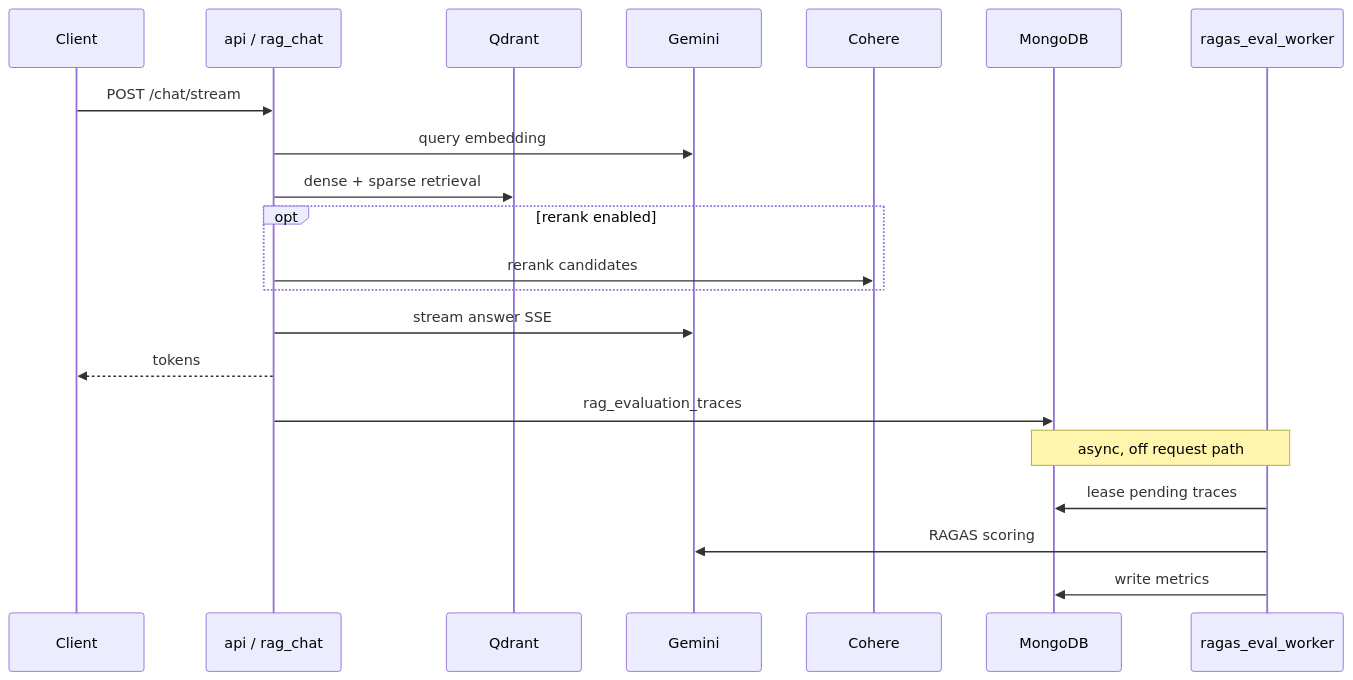
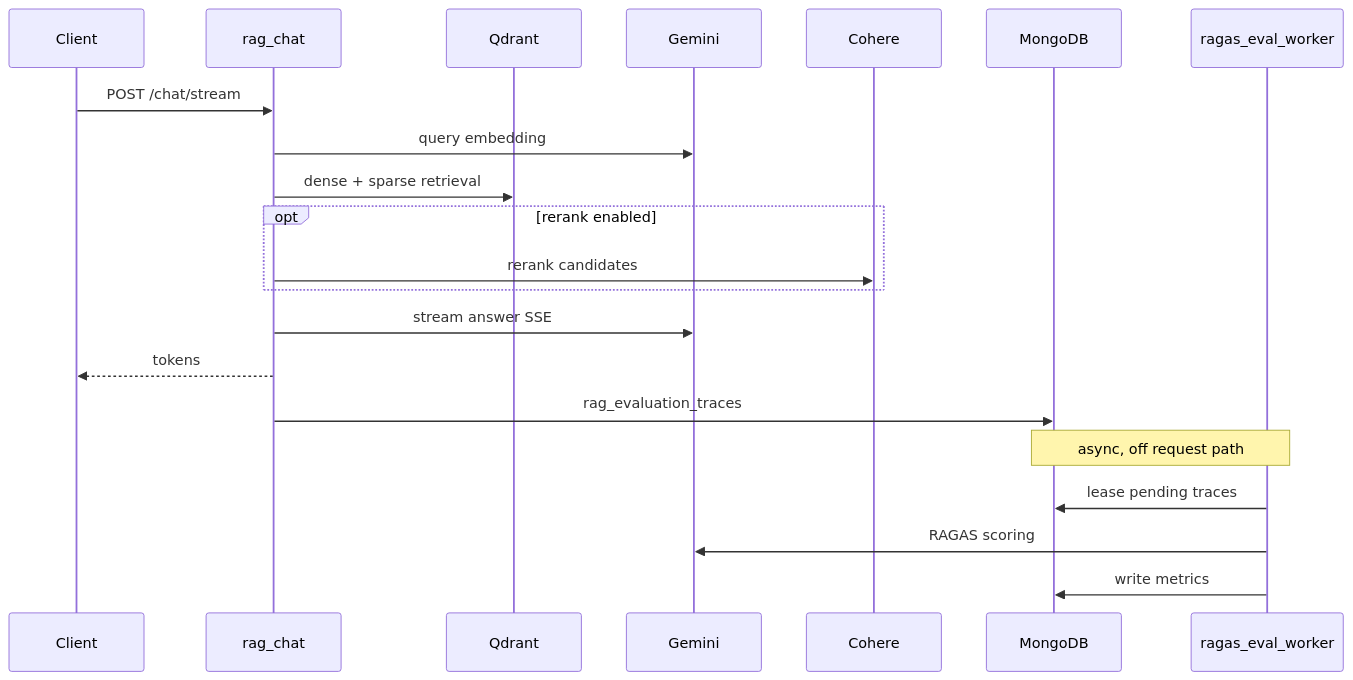
One commit to DevMittal1/CutomerRAG changed the fourth of 7 diagrams in README.md. Above: the diagram before and after it, drawn with Mermaid. The commit also changed other lines of this file, not shown here.

Commit message:
Add architecture

````diff
--- a/README.md
+++ b/README.md
@@ -205,24 +206,24 @@
 ```mermaid
 sequenceDiagram
     participant C as Client
-    participant API as api / rag_chat
+    participant API as rag_chat
     participant Q as Qdrant
     participant G as Gemini
     participant CR as Cohere
     participant M as MongoDB
     participant R as ragas_eval_worker
 
     C->>API: POST /chat/stream
     API->>G: query embedding
     API->>Q: dense + sparse retrieval
     opt rerank enabled
         API->>CR: rerank candidates
     end
     API->>G: stream answer SSE
     API-->>C: tokens
     API->>M: rag_evaluation_traces
     Note over R,M: async, off request path
     R->>M: lease pending traces
     R->>G: RAGAS scoring
     R->>M: write metrics
 ```
````
